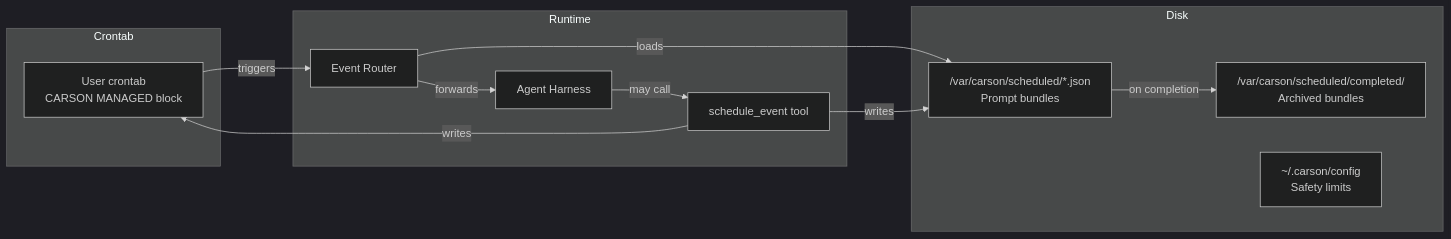
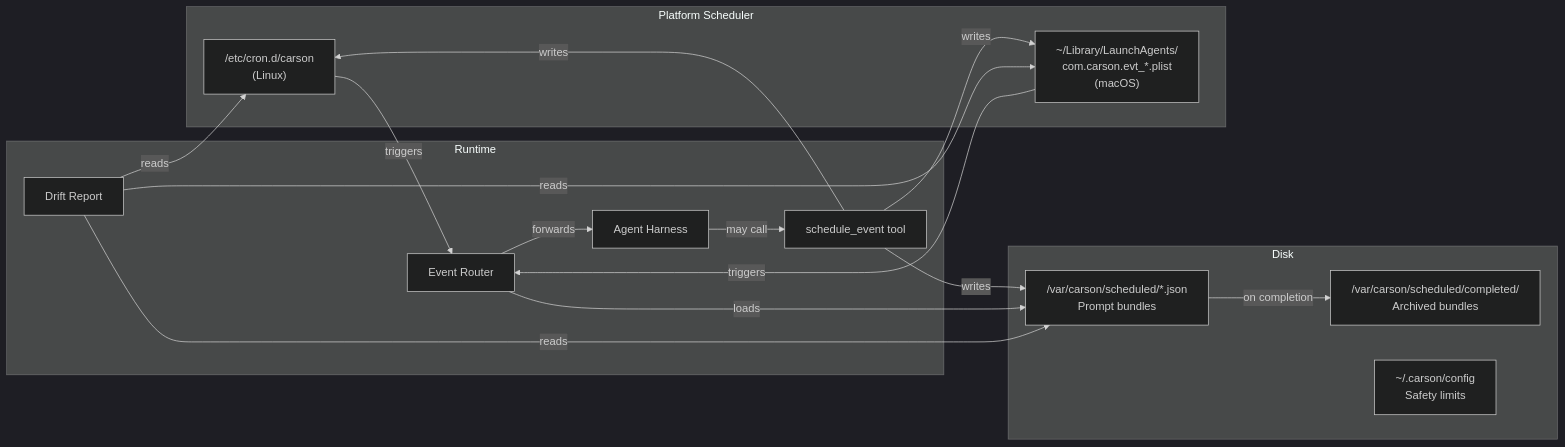
The fifth of 5 diagrams in .planning/SCHEDULING.md (allofher/carson), drawn with Mermaid (dark theme) before and after one commit. The commit also changed other lines of this file and 18 other files, not shown here.

````diff
--- a/.planning/SCHEDULING.md
+++ b/.planning/SCHEDULING.md
@@ -266,26 +313,33 @@
 ```mermaid
 graph LR
     subgraph Disk
         A["/var/carson/scheduled/*.json<br/>Prompt bundles"]
         B["/var/carson/scheduled/completed/<br/>Archived bundles"]
         C["~/.carson/config<br/>Safety limits"]
     end
 
-    subgraph Crontab
-        D["User crontab<br/>CARSON MANAGED block"]
+    subgraph Platform Scheduler
+        D_linux["/etc/cron.d/carson<br/>(Linux)"]
+        D_mac["~/Library/LaunchAgents/<br/>com.carson.evt_*.plist<br/>(macOS)"]
     end
 
     subgraph Runtime
         E["Event Router"]
         F["Agent Harness"]
         G["schedule_event tool"]
+        H["Drift Report"]
     end
 
     G -->|writes| A
-    G -->|writes| D
-    D -->|triggers| E
+    G -->|writes| D_linux
+    G -->|writes| D_mac
+    D_linux -->|triggers| E
+    D_mac -->|triggers| E
     E -->|loads| A
     E -->|forwards| F
     F -->|may call| G
     A -->|on completion| B
+    H -->|reads| A
+    H -->|reads| D_linux
+    H -->|reads| D_mac
 ```
````
